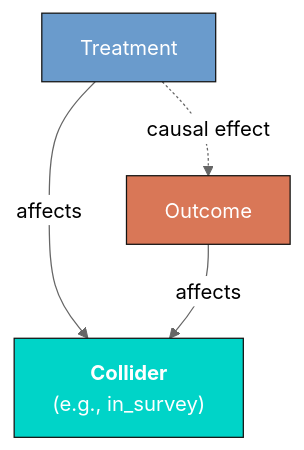
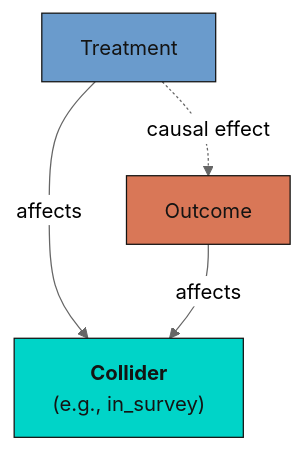
One commit to cmg777/starter-academic-v501 changed the fourth of 5 diagrams in content/post/python_dowhy/index.md. Above: the diagram before and after it, drawn with Mermaid (neutral theme). The commit also changed other lines of this file and 67 other files, not shown here.

First line of the commit message:
fix(mermaid): readable diagram text in both themes across the site

````diff
--- a/content/post/python_dowhy/index.md
+++ b/content/post/python_dowhy/index.md
@@ -540,10 +540,10 @@
 ```mermaid
 graph TD
     T["Treatment"] -->|"affects"| Col["<b>Collider</b><br/>(e.g., in_survey)"]
     Y["Outcome"] -->|"affects"| Col
     T -.->|"causal effect"| Y
 
-    style T fill:#6a9bcc,stroke:#141413,color:#fff
-    style Col fill:#00d4c8,stroke:#141413,color:#fff
-    style Y fill:#d97757,stroke:#141413,color:#fff
+    style T fill:#6a9bcc,stroke:#141413,color:#141413
+    style Col fill:#00d4c8,stroke:#141413,color:#141413
+    style Y fill:#d97757,stroke:#141413,color:#141413
 ```
````
